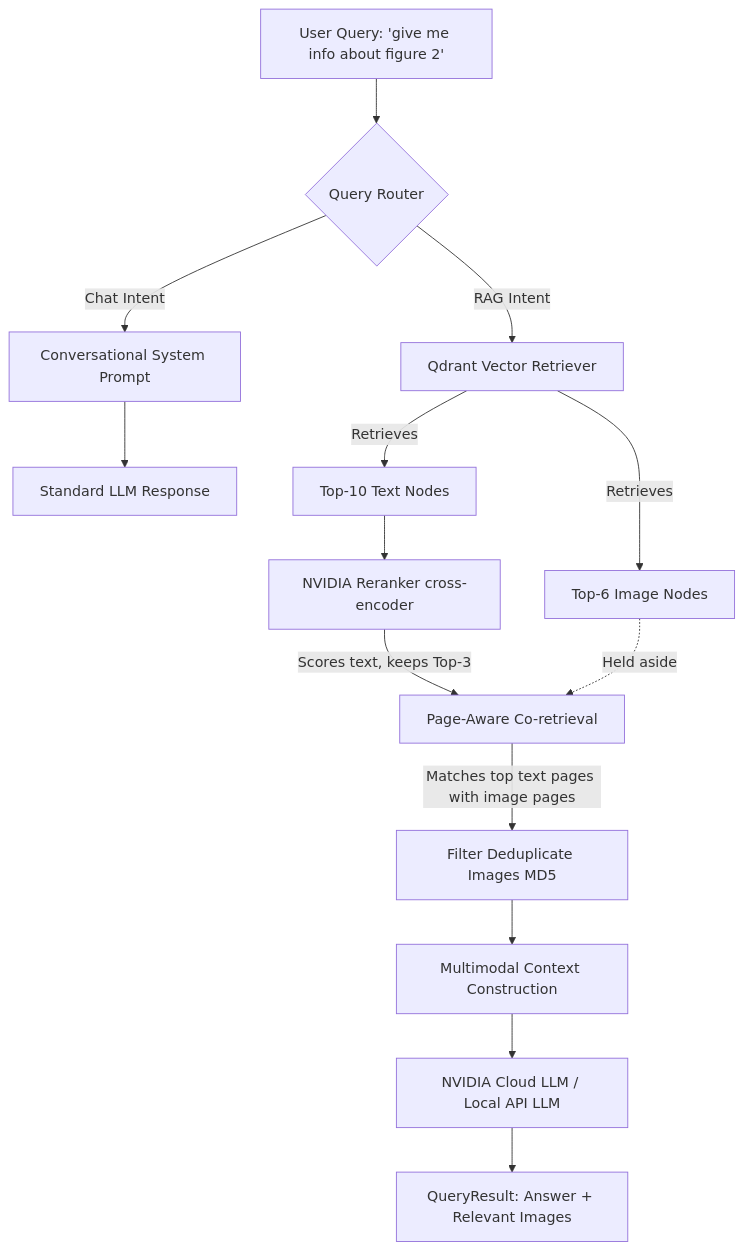
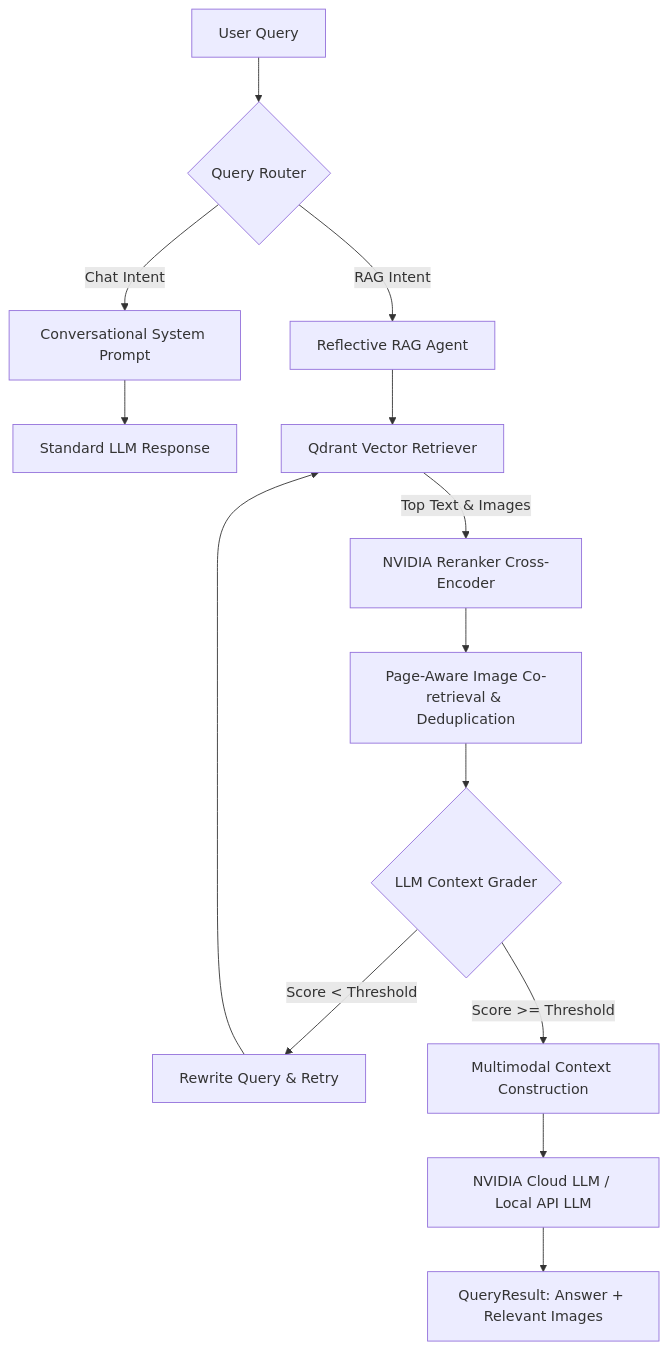
One commit to darpansanghani/multimodel_rag changed the diagram in README.md. Above: the diagram before and after it, drawn with Mermaid. The commit also changed other lines of this file and 19 other files, not shown here.

````diff
--- a/README.md
+++ b/README.md
@@ -25,21 +26,21 @@
 ```mermaid
 graph TD
-    A[User Query: 'give me info about figure 2'] --> B{Query Router}
+    A[User Query] --> B{Query Router}
     
     B -->|Chat Intent| C[Conversational System Prompt]
     C --> D[Standard LLM Response]
     
-    B -->|RAG Intent| E[Qdrant Vector Retriever]
-    E -->|Retrieves| F[Top-10 Text Nodes]
-    E -->|Retrieves| G[Top-6 Image Nodes]
+    B -->|RAG Intent| E[Reflective RAG Agent]
+    E --> F[Qdrant Vector Retriever]
     
-    F --> H[NVIDIA Reranker cross-encoder]
-    H -->|Scores text, keeps Top-3| I[Page-Aware Co-retrieval]
+    F -->|Top Text & Images| G[NVIDIA Reranker Cross-Encoder]
+    G --> H[Page-Aware Image Co-retrieval & Deduplication]
     
-    G -.->|Held aside| I
-    I -->|Matches top text pages with image pages| J[Filter Deduplicate Images MD5]
+    H --> I{LLM Context Grader}
+    I -->|Score < Threshold| J[Rewrite Query & Retry]
+    J --> F
     
-    J --> K[Multimodal Context Construction]
+    I -->|Score >= Threshold| K[Multimodal Context Construction]
     K --> L[NVIDIA Cloud LLM / Local API LLM]
     L --> M[QueryResult: Answer + Relevant Images]
 ```
````
